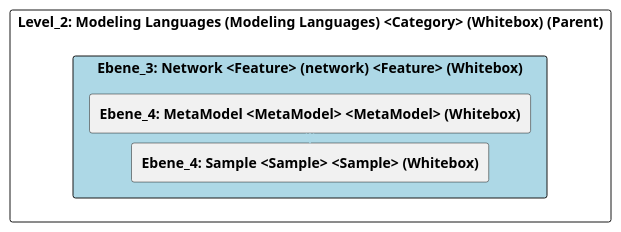
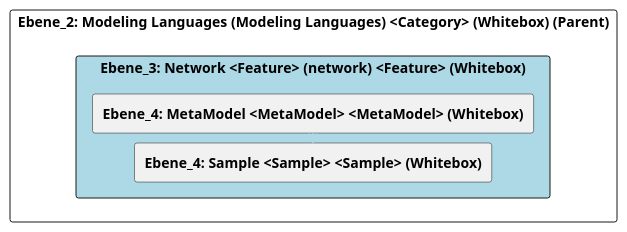
Before and after one commit to marcozwyssig/cleon: the diagram in doc/cleonproject_deliverables_architecture_model_architecture/adoc/de/05_bausteinsicht/cleon/modeling_languages/network/ebene_3_network.adoc, drawn with PlantUML. The commit also changed other lines of this file and 620 other files, not shown here.

```diff
--- a/doc/cleonproject_deliverables_architecture_model_architecture/adoc/de/05_bausteinsicht/cleon/modeling_languages/network/ebene_3_network.adoc
+++ b/doc/cleonproject_deliverables_architecture_model_architecture/adoc/de/05_bausteinsicht/cleon/modeling_languages/network/ebene_3_network.adoc
@@ -20,28 +20,28 @@
 [plantuml, Ebene_3: Network <Feature> (network) <Feature> (Whitebox)BlockOverview, format="svg"]
 ----
 @startuml Ebene_3: Network <Feature> (network) <Feature> (Whitebox)BuildingBlockOverview
 
 skinparam ranksep 10
 skinparam componentStyle rectangle
 skinparam shadowing false
 skinparam arrowColor lightblue
 skinparam arrowThickness 1.2
 skinparam rectangle {
   BackgroundColor White
   BorderColor #333
   RoundCorner 10
 }
 top to bottom direction
 
-component "Level_2: Modeling Languages (Modeling Languages) <Category> (Whitebox) (Parent)" {
+component "Ebene_2: Modeling Languages (Modeling Languages) <Category> (Whitebox) (Parent)" {
     component "Ebene_3: Network <Feature> (network) <Feature> (Whitebox)" #lightblue {
         [**Ebene_4: MetaModel <MetaModel> <MetaModel> (Whitebox)**] as 4A570572_D579_11EE_903E_9F564E4DE07E
         [**Ebene_4: Sample <Sample> <Sample> (Whitebox)**] as 4A56DE48_D579_11EE_903E_9F564E4DE07E
     }
 
     4A570572_D579_11EE_903E_9F564E4DE07E -down-> 4A56DE48_D579_11EE_903E_9F564E4DE07E
     
 }
 
 @enduml
 ----
```
